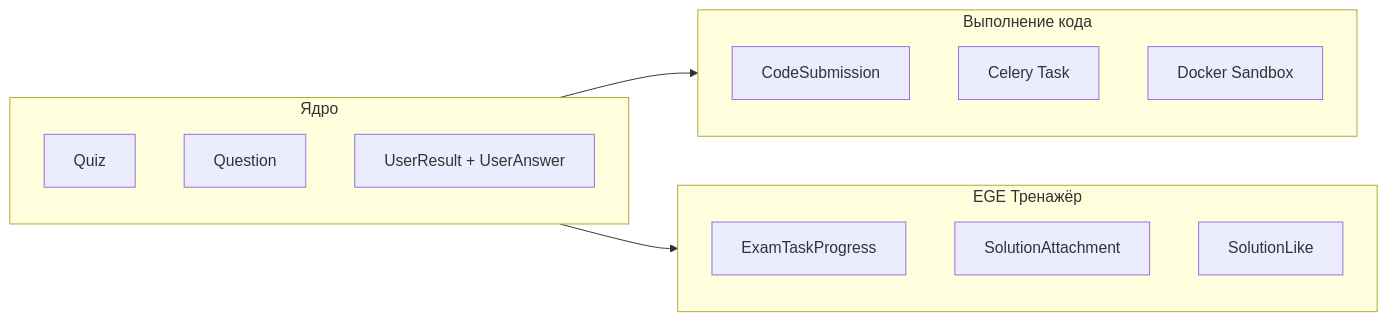
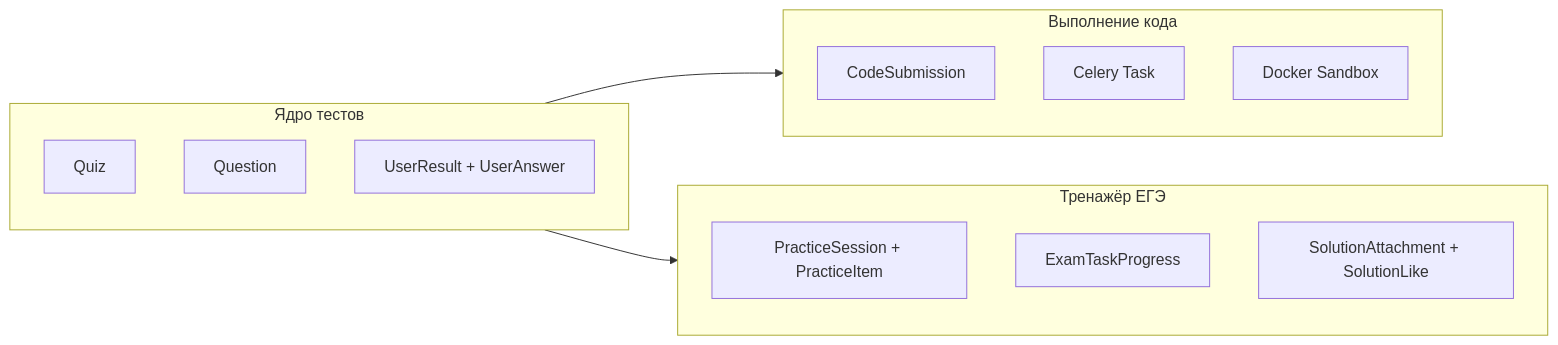
The second of 2 diagrams in docs/architecture/apps.md (Kirill2517nv/SiteAboutMe), drawn with Mermaid before and after one commit. The commit also changed other lines of this file and 40 other files, not shown here.

````diff
--- a/docs/architecture/apps.md
+++ b/docs/architecture/apps.md
@@ -95,23 +160,23 @@
 ```mermaid
 graph LR
-    subgraph Core["Ядро"]
+    subgraph Core["Ядро тестов"]
         QUIZ[Quiz]
         QUESTION[Question]
         RESULT[UserResult + UserAnswer]
     end
 
     subgraph CodeExec["Выполнение кода"]
         SUBMISSION[CodeSubmission]
         TASK[Celery Task]
         DOCKER[Docker Sandbox]
     end
 
-    subgraph EGE["EGE Тренажёр"]
+    subgraph EGE["Тренажёр ЕГЭ"]
+        SESSION[PracticeSession + PracticeItem]
         PROGRESS[ExamTaskProgress]
-        SOLUTION[SolutionAttachment]
-        LIKE[SolutionLike]
+        SOLUTION[SolutionAttachment + SolutionLike]
     end
 
     Core --> CodeExec
     Core --> EGE
 ```
````
